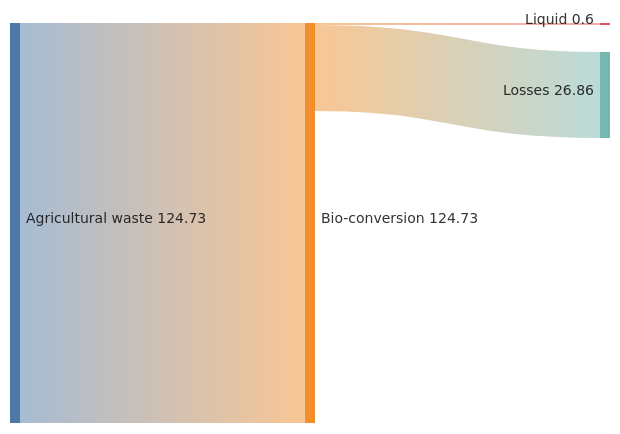
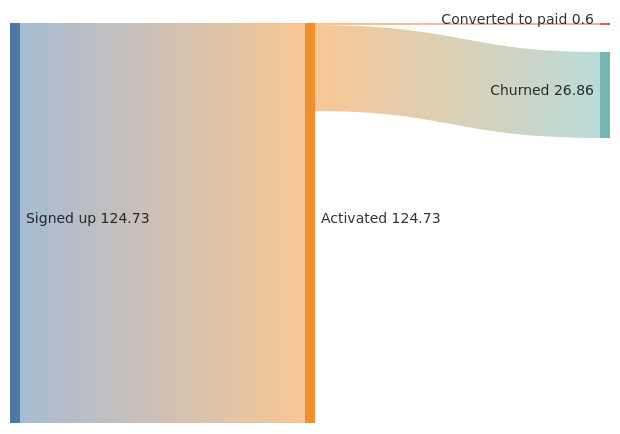
The diagram in mastery-of-mermaid/references/sankey.md (flatrick/agent-skills), drawn with Mermaid before and after one commit. The commit also changed other lines of this file and 44 other files, not shown here.

First line of the commit message:
docs: retheme mastery-of-mermaid examples to software-dev scenarios

````diff
--- a/mastery-of-mermaid/references/sankey.md
+++ b/mastery-of-mermaid/references/sankey.md
@@ -14,7 +14,7 @@
 ```mermaid
 sankey
 
-Agricultural waste,Bio-conversion,124.729
-Bio-conversion,Liquid,0.597
-Bio-conversion,Losses,26.862
+Signed up,Activated,124.729
+Activated,Converted to paid,0.597
+Activated,Churned,26.862
 ```
````
